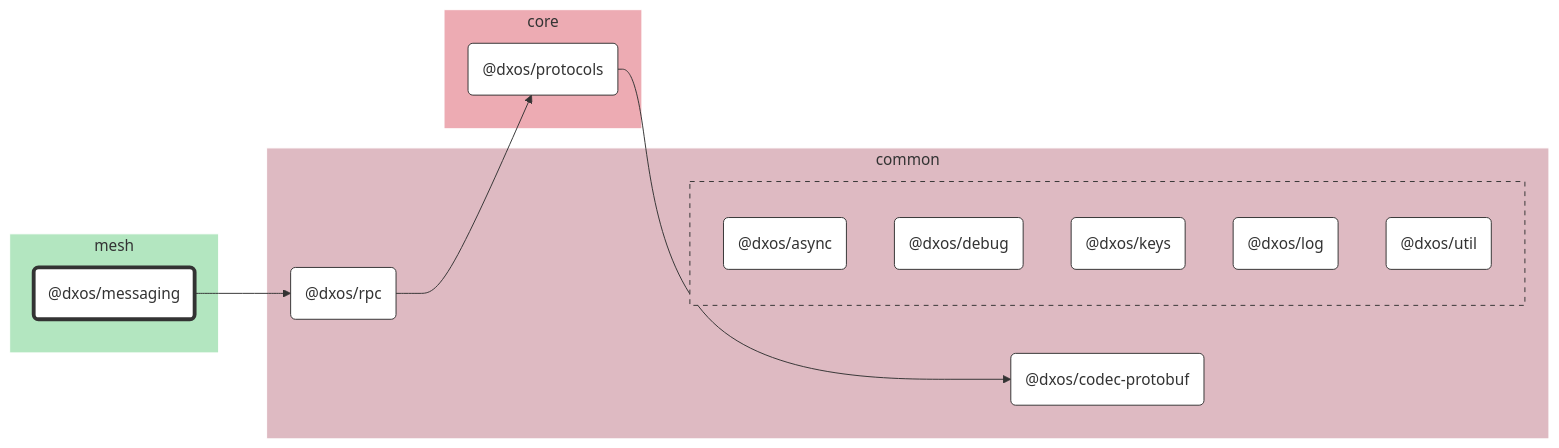
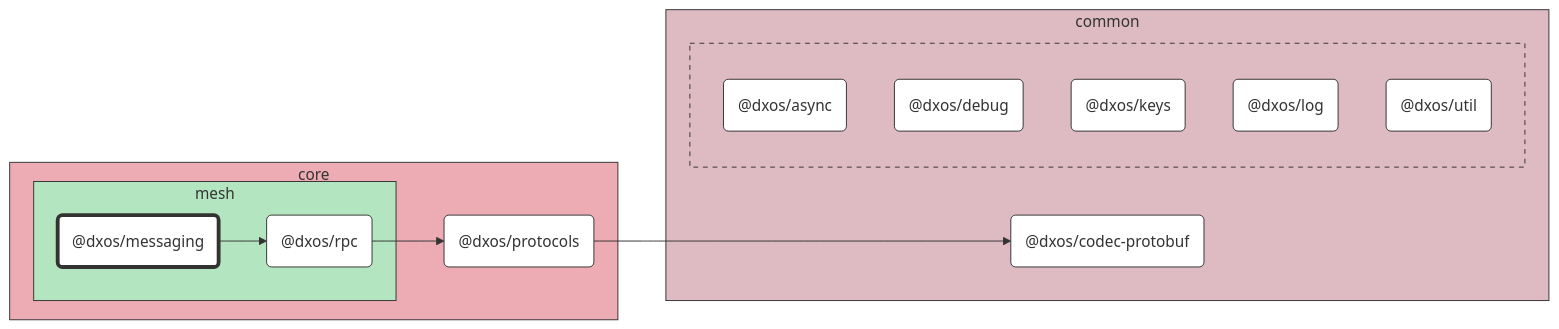
One commit to dxos/dxos changed the diagram in packages/core/mesh/messaging/docs/README.md. Above: the diagram before and after it, drawn with Mermaid. The commit also changed other lines of this file and 89 other files, not shown here.

````diff
--- a/packages/core/mesh/messaging/docs/README.md
+++ b/packages/core/mesh/messaging/docs/README.md
@@ -7,51 +7,51 @@
 ```mermaid
 %%{ init: {'flowchart':{'curve':'basis'}} }%%
 
 flowchart LR
 
 %% Classes
 classDef def fill:#fff,stroke:#333,stroke-width:1px
 classDef root fill:#fff,stroke:#333,stroke-width:4px
 
 %% Nodes
 
-subgraph mesh [mesh]
-  style mesh fill:#b3e6c0,stroke:#fff
-  dxos/messaging("@dxos/messaging"):::root
-  click dxos/messaging "dxos/dxos/tree/main/packages/core/mesh/messaging/docs"
+subgraph core [core]
+  style core fill:#edabb3,stroke:#333
+  dxos/protocols("@dxos/protocols"):::def
+  click dxos/protocols "dxos/dxos/tree/main/packages/core/protocols/docs"
+
+  subgraph mesh [mesh]
+    style mesh fill:#b3e6c0,stroke:#333
+    dxos/messaging("@dxos/messaging"):::root
+    click dxos/messaging "dxos/dxos/tree/main/packages/core/mesh/messaging/docs"
+    dxos/rpc("@dxos/rpc"):::def
+    click dxos/rpc "dxos/dxos/tree/main/packages/core/mesh/rpc/docs"
+  end
 end
 
 subgraph common [common]
-  style common fill:#debac2,stroke:#fff
+  style common fill:#debac2,stroke:#333
   dxos/codec-protobuf("@dxos/codec-protobuf"):::def
   click dxos/codec-protobuf "dxos/dxos/tree/main/packages/common/codec-protobuf/docs"
-  dxos/rpc("@dxos/rpc"):::def
-  click dxos/rpc "dxos/dxos/tree/main/packages/core/mesh/rpc/docs"
 
-  subgraph common-excluded [ ]
-    style common-excluded fill:#debac2,stroke:#333,stroke-dasharray:5 5
+  subgraph _ [ ]
+    style _ fill:#debac2,stroke:#333,stroke-dasharray:5 5
     dxos/async("@dxos/async"):::def
     click dxos/async "dxos/dxos/tree/main/packages/common/async/docs"
     dxos/debug("@dxos/debug"):::def
     click dxos/debug "dxos/dxos/tree/main/packages/common/debug/docs"
     dxos/keys("@dxos/keys"):::def
     click dxos/keys "dxos/dxos/tree/main/packages/common/keys/docs"
     dxos/log("@dxos/log"):::def
     click dxos/log "dxos/dxos/tree/main/packages/common/log/docs"
     dxos/util("@dxos/util"):::def
     click dxos/util "dxos/dxos/tree/main/packages/common/util/docs"
   end
 end
 
-subgraph core [core]
-  style core fill:#edabb3,stroke:#fff
-  dxos/protocols("@dxos/protocols"):::def
-  click dxos/protocols "dxos/dxos/tree/main/packages/core/protocols/docs"
-end
-
 %% Links
 linkStyle default stroke:#333,stroke-width:1px
 dxos/protocols --> dxos/codec-protobuf
 dxos/messaging --> dxos/rpc
 dxos/rpc --> dxos/protocols
 ```
````
